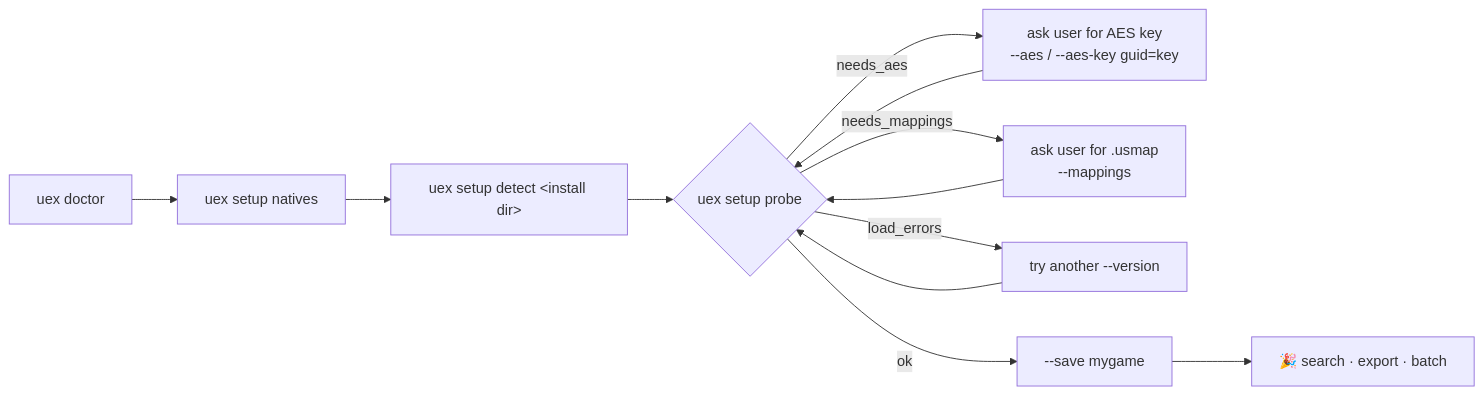
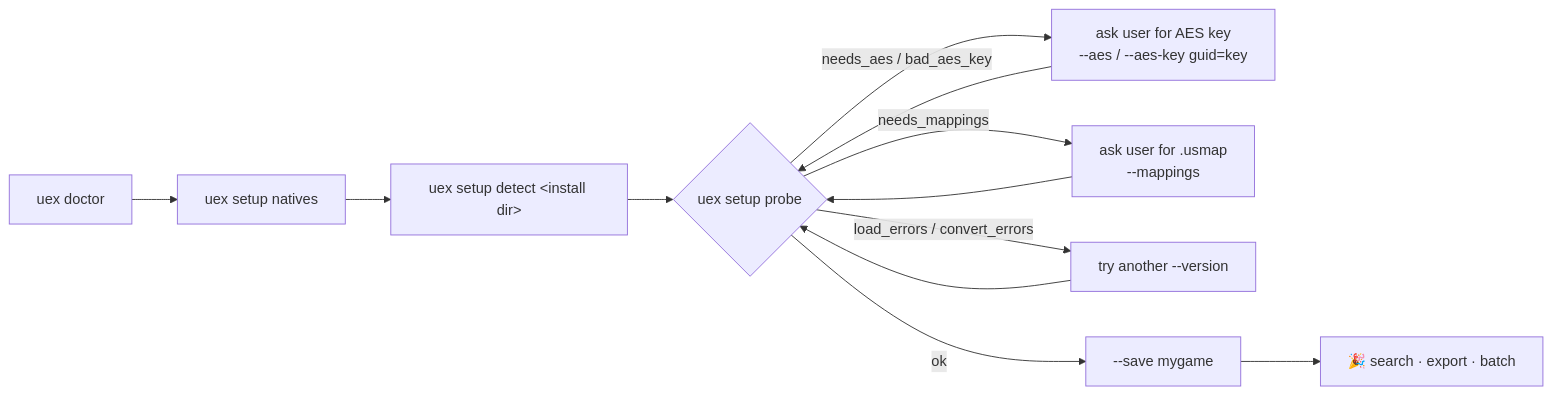
One commit to 3L0935/uex changed the diagram in README.md. Above: the diagram before and after it, drawn with Mermaid. The commit also changed other lines of this file and 7 other files, not shown here.

First line of the commit message:
probe: real conversion test, AES key validation, zero-key hint; docs match verified facts

````diff
--- a/README.md
+++ b/README.md
@@ -127,14 +126,14 @@
 ```mermaid
 flowchart LR
     A[uex doctor] --> B[uex setup natives]
     B --> C[uex setup detect &lt;install dir&gt;]
     C --> D{uex setup probe}
-    D -- needs_aes --> E[ask user for AES key<br/>--aes / --aes-key guid=key]
+    D -- needs_aes / bad_aes_key --> E[ask user for AES key<br/>--aes / --aes-key guid=key]
     D -- needs_mappings --> F[ask user for .usmap<br/>--mappings]
-    D -- load_errors --> G[try another --version]
+    D -- load_errors / convert_errors --> G[try another --version]
     E --> D
     F --> D
     G --> D
     D -- ok --> H[--save mygame]
     H --> I[🎉 search · export · batch]
 ```
````
